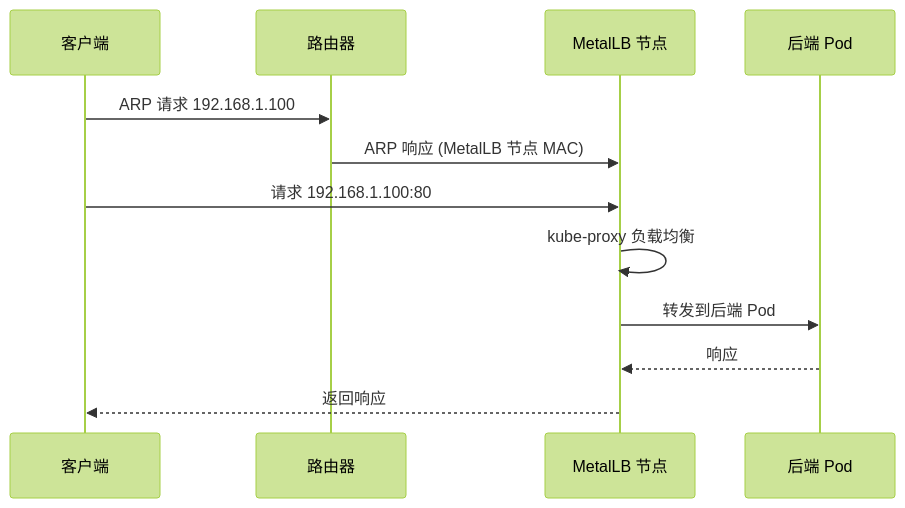
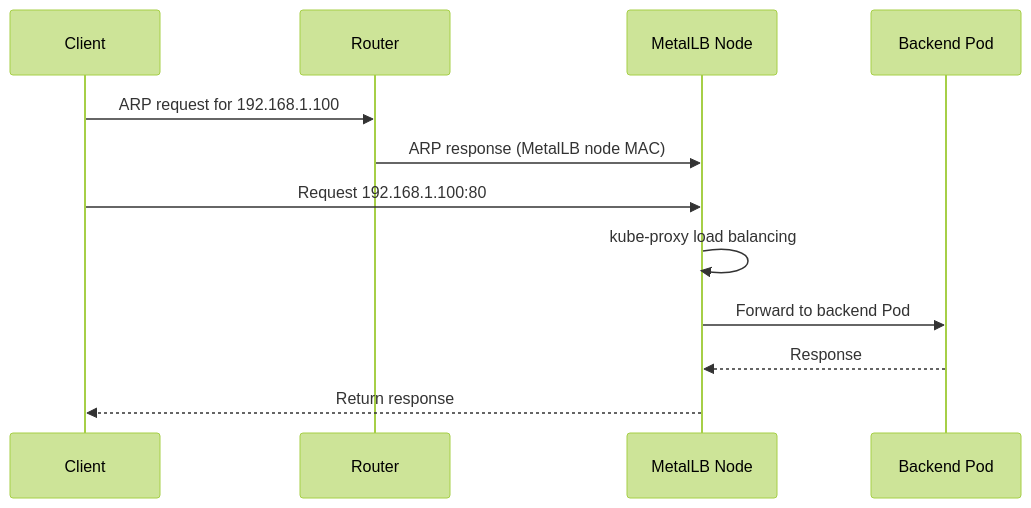
The fifth of 8 diagrams in files/k8s-lb.md (liweinan/deepseek-answers), drawn with Mermaid (forest theme) before and after one commit. The commit also changed other lines of this file and 135 other files, not shown here.

````diff
--- a/files/k8s-lb.md
+++ b/files/k8s-lb.md
@@ -517,15 +519,15 @@
 ```mermaid
 sequenceDiagram
-    participant Client as 客户端
-    participant Router as 路由器
-    participant Node as MetalLB 节点
-    participant Pod as 后端 Pod
+    participant Client as Client
+    participant Router as Router
+    participant Node as MetalLB Node
+    participant Pod as Backend Pod
 
-    Client->>Router: ARP 请求 192.168.1.100
-    Router->>Node: ARP 响应 (MetalLB 节点 MAC)
-    Client->>Node: 请求 192.168.1.100:80
-    Node->>Node: kube-proxy 负载均衡
-    Node->>Pod: 转发到后端 Pod
-    Pod-->>Node: 响应
-    Node-->>Client: 返回响应
+    Client->>Router: ARP request for 192.168.1.100
+    Router->>Node: ARP response (MetalLB node MAC)
+    Client->>Node: Request 192.168.1.100:80
+    Node->>Node: kube-proxy load balancing
+    Node->>Pod: Forward to backend Pod
+    Pod-->>Node: Response
+    Node-->>Client: Return response
 ```
````
